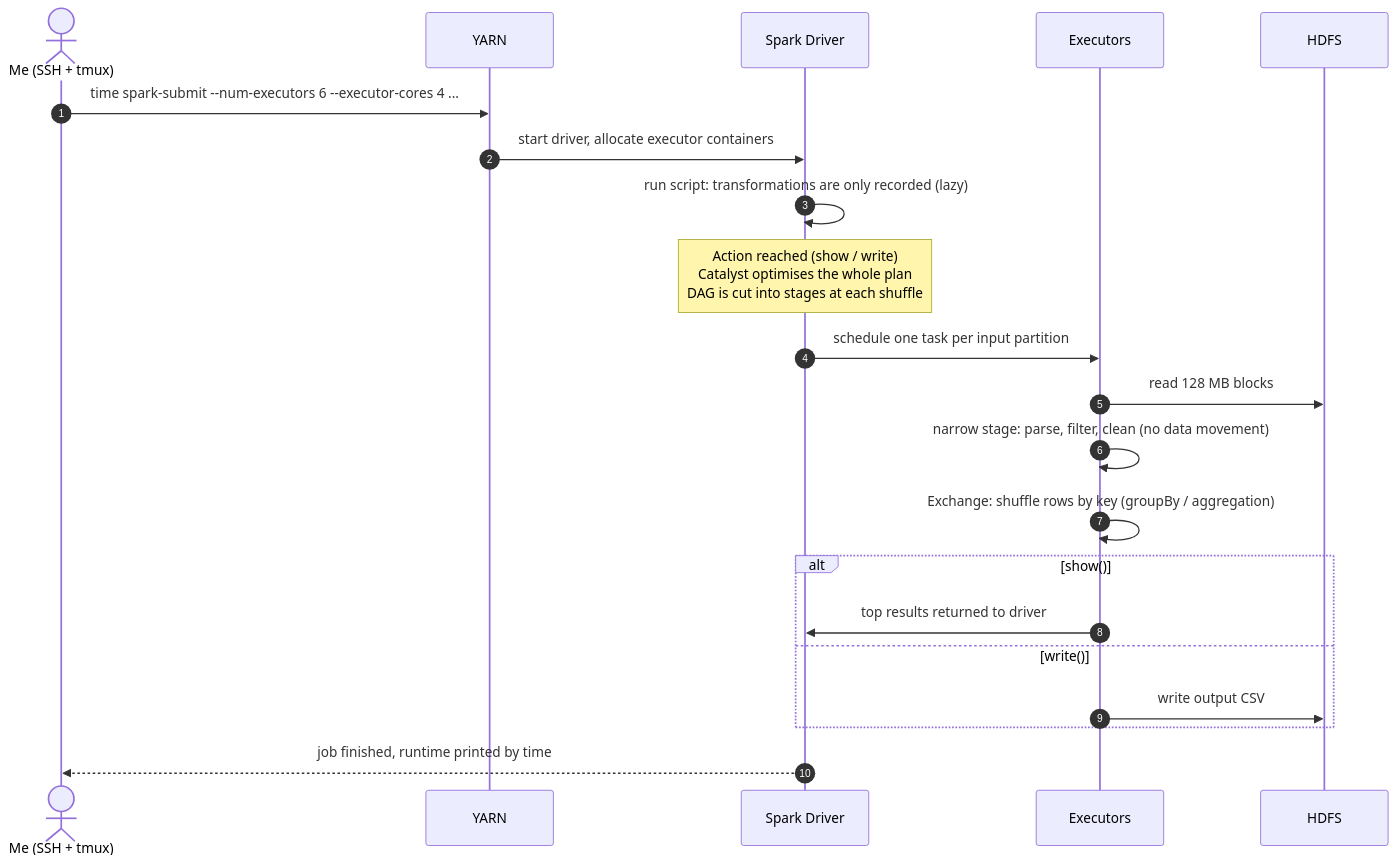
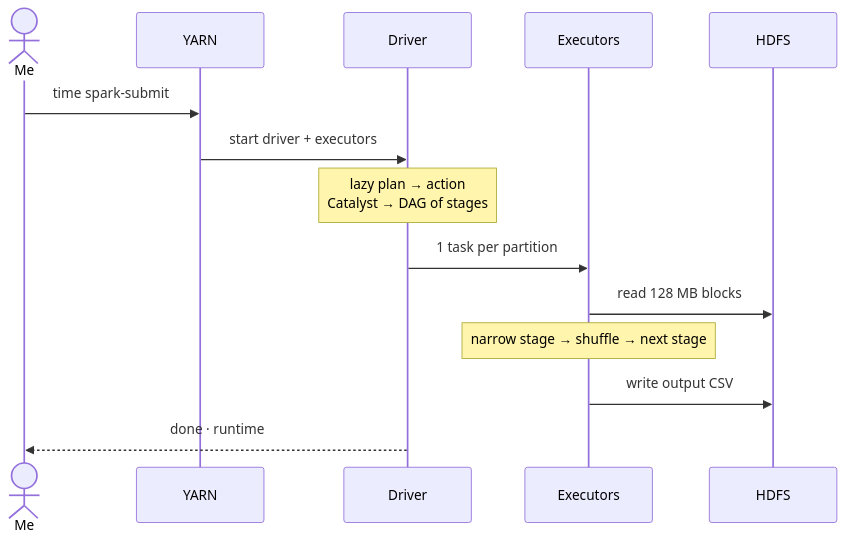
Before and after one commit to Arbzzz04/spark-massive-scale-analytics: the third of 8 diagrams in README.md, drawn with Mermaid. The commit also changed other lines of this file, not shown here.

First line of the commit message:
Split README diagrams into compact, wide segments

````diff
--- a/README.md
+++ b/README.md
@@ -89,24 +80,16 @@
 ```mermaid
 sequenceDiagram
-    autonumber
-    actor Me as Me (SSH + tmux)
+    actor Me
     participant Y as YARN
-    participant D as Spark Driver
+    participant D as Driver
     participant E as Executors
     participant H as HDFS
-
-    Me->>Y: time spark-submit --num-executors 6 --executor-cores 4 ...
-    Y->>D: start driver, allocate executor containers
-    D->>D: run script: transformations are only recorded (lazy)
-    Note over D: Action reached (show / write)<br/>Catalyst optimises the whole plan<br/>DAG is cut into stages at each shuffle
-    D->>E: schedule one task per input partition
+    Me->>Y: time spark-submit
+    Y->>D: start driver + executors
+    Note over D: lazy plan → action<br/>Catalyst → DAG of stages
+    D->>E: 1 task per partition
     E->>H: read 128 MB blocks
-    E->>E: narrow stage: parse, filter, clean (no data movement)
-    E->>E: Exchange: shuffle rows by key (groupBy / aggregation)
-    alt show()
-        E->>D: top results returned to driver
-    else write()
-        E->>H: write output CSV
-    end
-    D-->>Me: job finished, runtime printed by time
+    Note over E: narrow stage → shuffle → next stage
+    E->>H: write output CSV
+    D-->>Me: done · runtime
 ```
````
